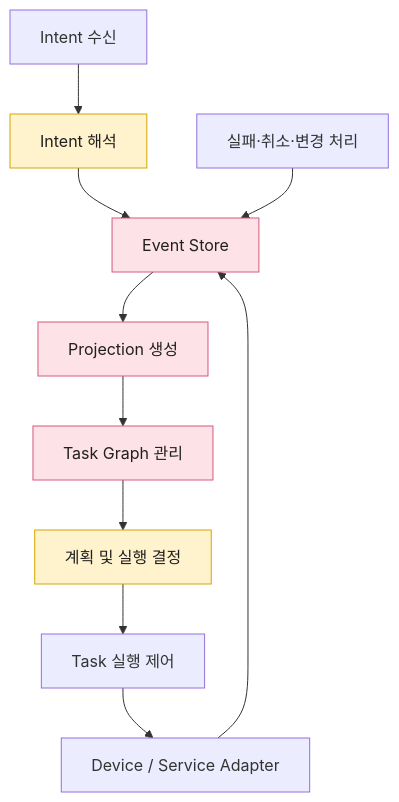
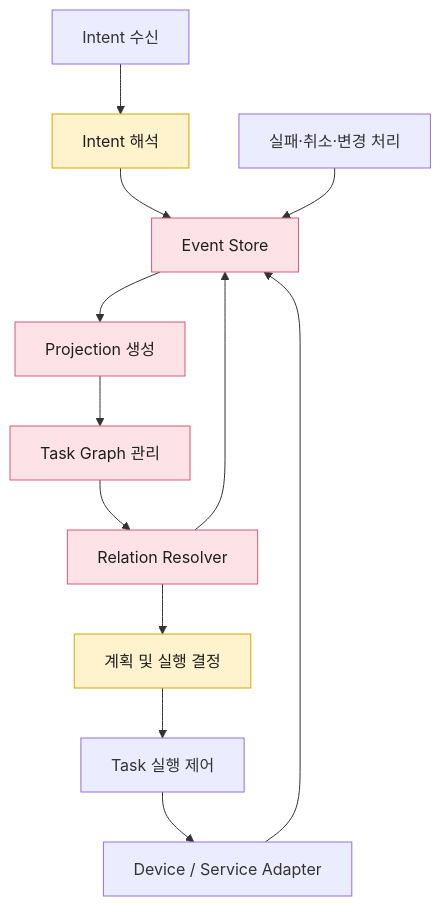
One commit to Sunwoo-Nam/architect-teamproject changed the first of 4 diagrams in docs/DP 후보안/DP11-Intent 실행 흐름의 상태 모델링 및 변경·복구 범위 관리 방식.md. Above: the diagram before and after it, drawn with Mermaid. The commit also changed other lines of this file and 1 other file, not shown here.

````diff
--- a/docs/DP 후보안/DP11-Intent 실행 흐름의 상태 모델링 및 변경·복구 범위 관리 방식.md
+++ b/docs/DP 후보안/DP11-Intent 실행 흐름의 상태 모델링 및 변경·복구 범위 관리 방식.md
@@ -88,19 +58,21 @@
 ```mermaid
 flowchart TB
     classDef llm fill:#fff3cd,stroke:#d6a600,color:#1f1f1f
     classDef state fill:#fde2e7,stroke:#d65a7a,color:#1f1f1f
 
     A["Intent 수신"] --> X["Intent 해석"]
     X --> B["Event Store"]
     B --> C["Projection 생성"]
     C --> D["Task Graph 관리"]
-    D --> F["계획 및 실행 결정"]
+    D --> E["Relation Resolver"]
+    E --> B
+    E --> F["계획 및 실행 결정"]
     F --> G["Task 실행 제어"]
     G --> H["Device / Service Adapter"]
     H --> B
 
     I["실패·취소·변경 처리"] --> B
 
     class X,F llm
-    class B,C,D state
+    class B,C,D,E state
 ```
````
